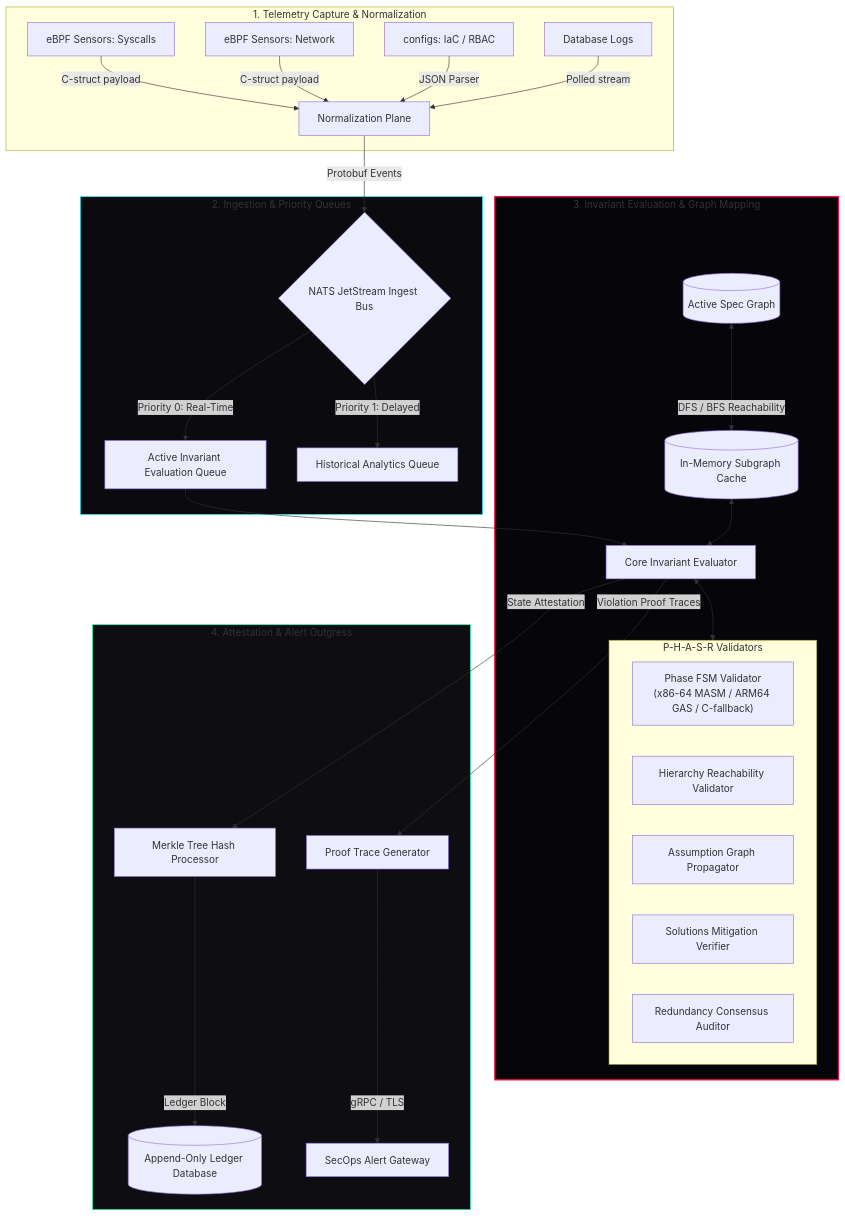
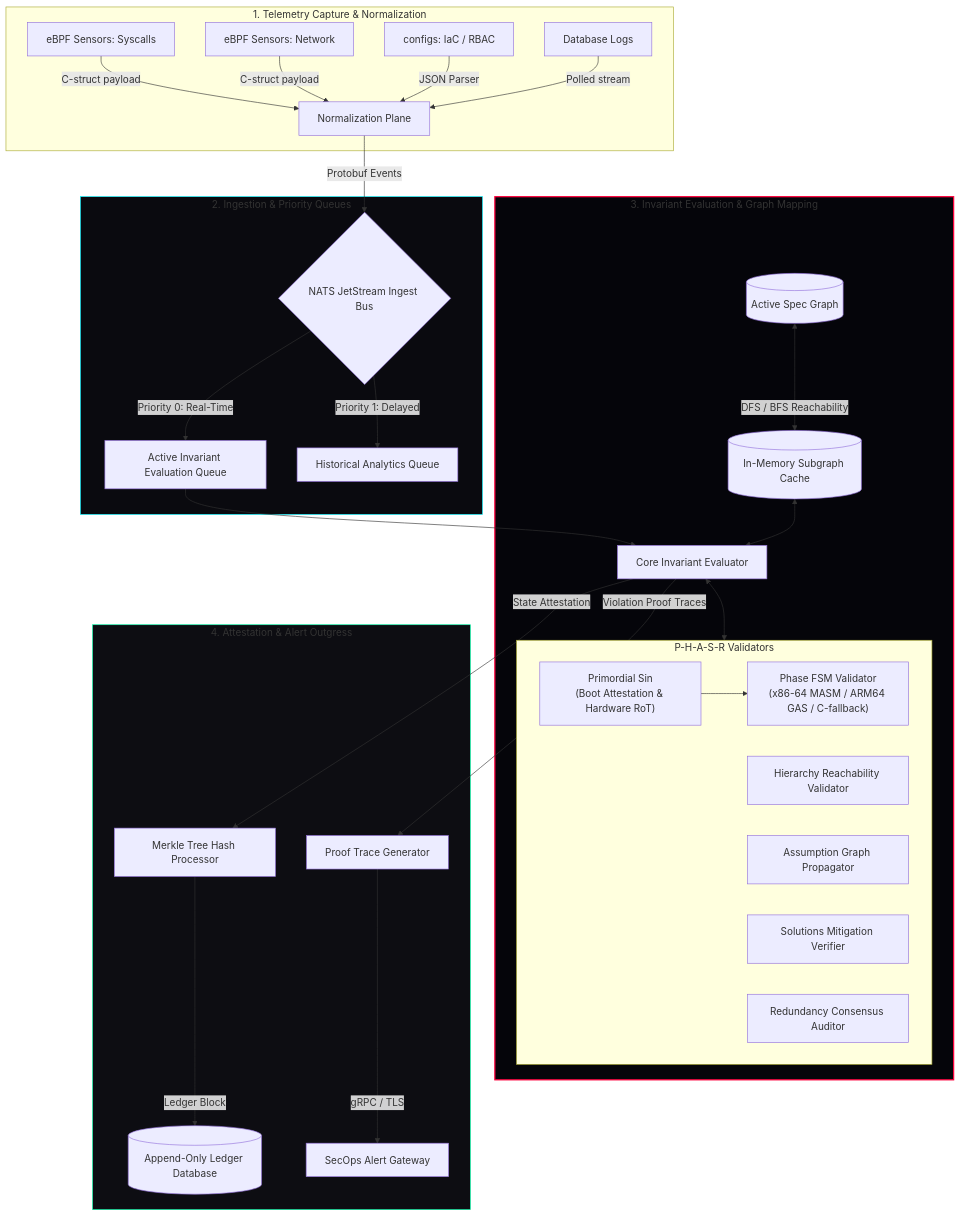
The first of 8 diagrams in docs/architecture/ARCHITECTURE.md (Zeo120/ZTL-Tech), drawn with Mermaid before and after one commit. The commit also changed other lines of this file and 7 other files, not shown here.

Commit message:
feat: implement Primordial Sin (Boot-Time Attestation) module in x86-64 assembly and update specs

````diff
--- a/docs/architecture/ARCHITECTURE.md
+++ b/docs/architecture/ARCHITECTURE.md
@@ -11,42 +11,42 @@
 ```mermaid
 graph TB
     subgraph DataPlane [1. Telemetry Capture & Normalization]
         eBPF_Sys[eBPF Sensors: Syscalls] -->|C-struct payload| Normalizer[Normalization Plane]
         eBPF_Net[eBPF Sensors: Network] -->|C-struct payload| Normalizer
         Configs[configs: IaC / RBAC] -->|JSON Parser| Normalizer
         DB_Logs[Database Logs] -->|Polled stream| Normalizer
     end
 
     subgraph PipelinePlane [2. Ingestion & Priority Queues]
         Normalizer -->|Protobuf Events| NATS{NATS JetStream Ingest Bus}
         NATS -->|Priority 0: Real-Time| P0_Queue[Active Invariant Evaluation Queue]
         NATS -->|Priority 1: Delayed| P1_Queue[Historical Analytics Queue]
     end
 
     subgraph CoreEnginePlane [3. Invariant Evaluation & Graph Mapping]
         P0_Queue --> CoreEngine[Core Invariant Evaluator]
         ActiveSpec[(Active Spec Graph)] <-->|DFS / BFS Reachability| SubgraphCache[(In-Memory Subgraph Cache)]
         SubgraphCache <--> CoreEngine
         
         subgraph SubEngines [P-H-A-S-R Validators]
-            P_Eng["Phase FSM Validator\n(x86-64 MASM / ARM64 GAS / C-fallback)"]
+            Init_Eng["Primordial Sin\n(Boot Attestation & Hardware RoT)"] --> P_Eng["Phase FSM Validator\n(x86-64 MASM / ARM64 GAS / C-fallback)"]
             H_Eng[Hierarchy Reachability Validator]
             A_Eng[Assumption Graph Propagator]
             S_Eng[Solutions Mitigation Verifier]
             R_Eng[Redundancy Consensus Auditor]
         end
         
         CoreEngine <--> SubEngines
     end
 
     subgraph StoragePlane [4. Attestation & Alert Outgress]
         CoreEngine -->|State Attestation| MerkleProcessor[Merkle Tree Hash Processor]
         MerkleProcessor -->|Ledger Block| AuditDb[(Append-Only Ledger Database)]
         CoreEngine -->|Violation Proof Traces| AlertEngine[Proof Trace Generator]
         AlertEngine -->|gRPC / TLS| SecOpsAlerts[SecOps Alert Gateway]
     end
 
     style CoreEnginePlane fill:#05050a,stroke:#ff003c,stroke-width:2px
     style PipelinePlane fill:#0a0a0f,stroke:#00f3ff,stroke-width:1px
     style StoragePlane fill:#0d0d12,stroke:#00ffaa,stroke-width:1px
 ```
````
